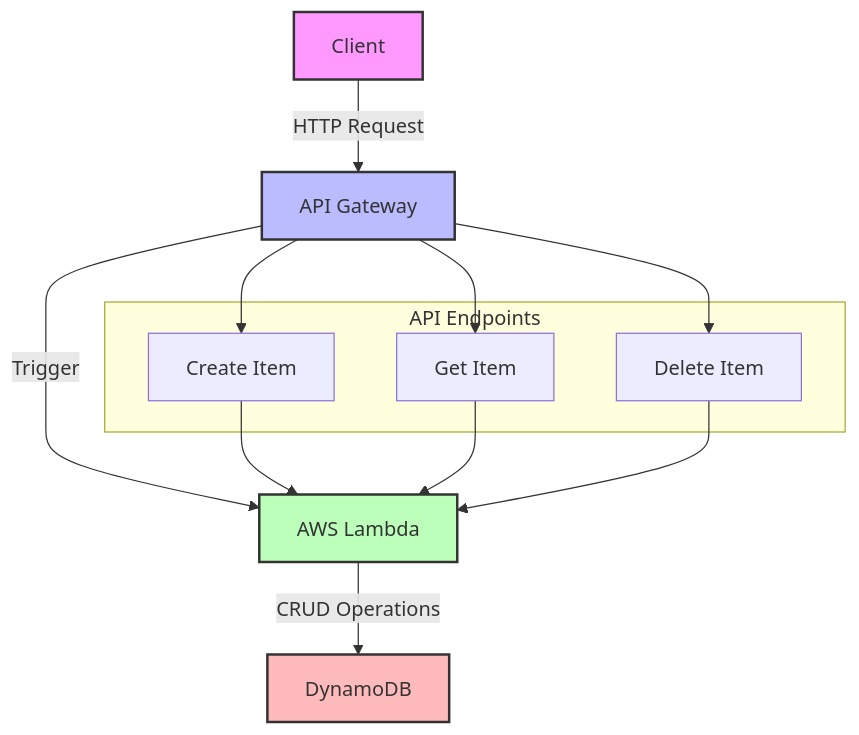
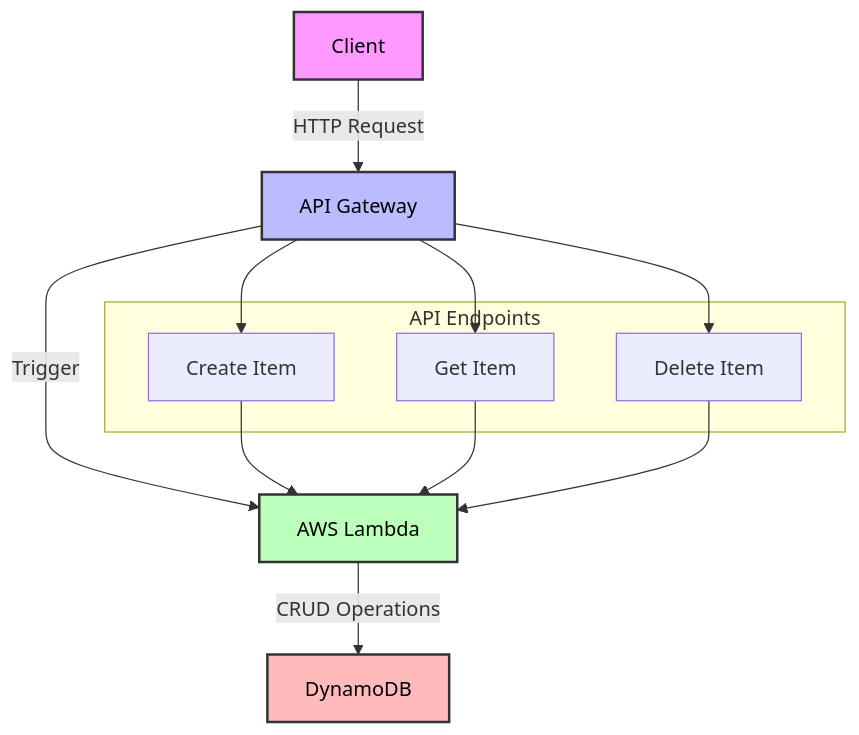
One commit to taimax13/platform-tool changed the first of 4 diagrams in README.md. Above: the diagram before and after it, drawn with Mermaid.

````diff
--- a/README.md
+++ b/README.md
@@ -124,25 +124,25 @@
 ```mermaid
 graph TD
     A[Client] -->|HTTP Request| B[API Gateway]
     B -->|Trigger| C[AWS Lambda]
     C -->|CRUD Operations| D[DynamoDB]
     
     subgraph "API Endpoints"
     E[Create Item]
     F[Get Item]
     G[Delete Item]
     end
     
     B --> E
     B --> F
     B --> G
     
     E --> C
     F --> C
     G --> C
     
-    style A fill:#f9f,stroke:#333,stroke-width:2px
-    style B fill:#bbf,stroke:#333,stroke-width:2px
-    style C fill:#bfb,stroke:#333,stroke-width:2px
-    style D fill:#fbb,stroke:#333,stroke-width:2px
+    style A fill:#f9f,stroke:#333,stroke-width:2px,color:#000
+    style B fill:#bbf,stroke:#333,stroke-width:2px,color:#000
+    style C fill:#bfb,stroke:#333,stroke-width:2px,color:#000
+    style D fill:#fbb,stroke:#333,stroke-width:2px,color:#000
 ```    
````
